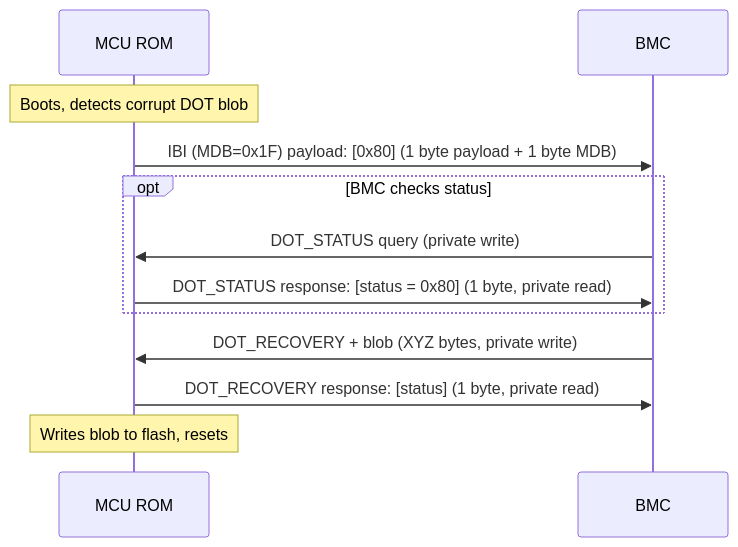
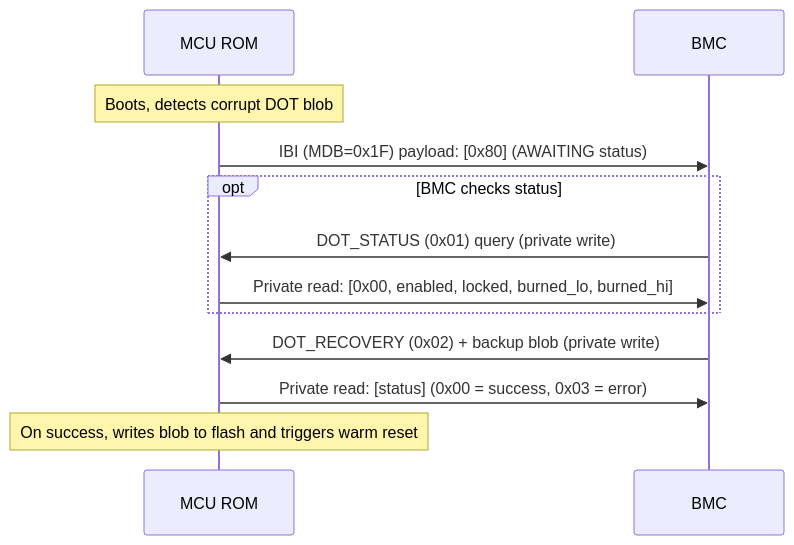
The first of 2 diagrams in docs/src/dot_i3c.md (chipsalliance/caliptra-mcu-sw), drawn with Mermaid before and after one commit. The commit also changed other lines of this file and 15 other files, not shown here.

````diff
--- a/docs/src/dot_i3c.md
+++ b/docs/src/dot_i3c.md
@@ -19,18 +26,18 @@
 ```mermaid
 sequenceDiagram
     participant MCU as MCU ROM
     participant BMC
 
     Note over MCU: Boots, detects corrupt DOT blob
-    MCU->>BMC: IBI (MDB=0x1F) payload: [0x80] (1 byte payload + 1 byte MDB)
+    MCU->>BMC: IBI (MDB=0x1F) payload: [0x80] (AWAITING status)
 
     opt BMC checks status
-        BMC->>MCU: DOT_STATUS query (private write)
-        MCU->>BMC: DOT_STATUS response: [status = 0x80] (1 byte, private read)
+        BMC->>MCU: DOT_STATUS (0x01) query (private write)
+        MCU->>BMC: Private read: [0x00, enabled, locked, burned_lo, burned_hi]
     end
 
-    BMC->>MCU: DOT_RECOVERY + blob (XYZ bytes, private write)
-    MCU->>BMC: DOT_RECOVERY response: [status] (1 byte, private read)
+    BMC->>MCU: DOT_RECOVERY (0x02) + backup blob (private write)
+    MCU->>BMC: Private read: [status] (0x00 = success, 0x03 = error)
 
-    Note over MCU: Writes blob to flash, resets
+    Note over MCU: On success, writes blob to flash and triggers warm reset
 ```
````
